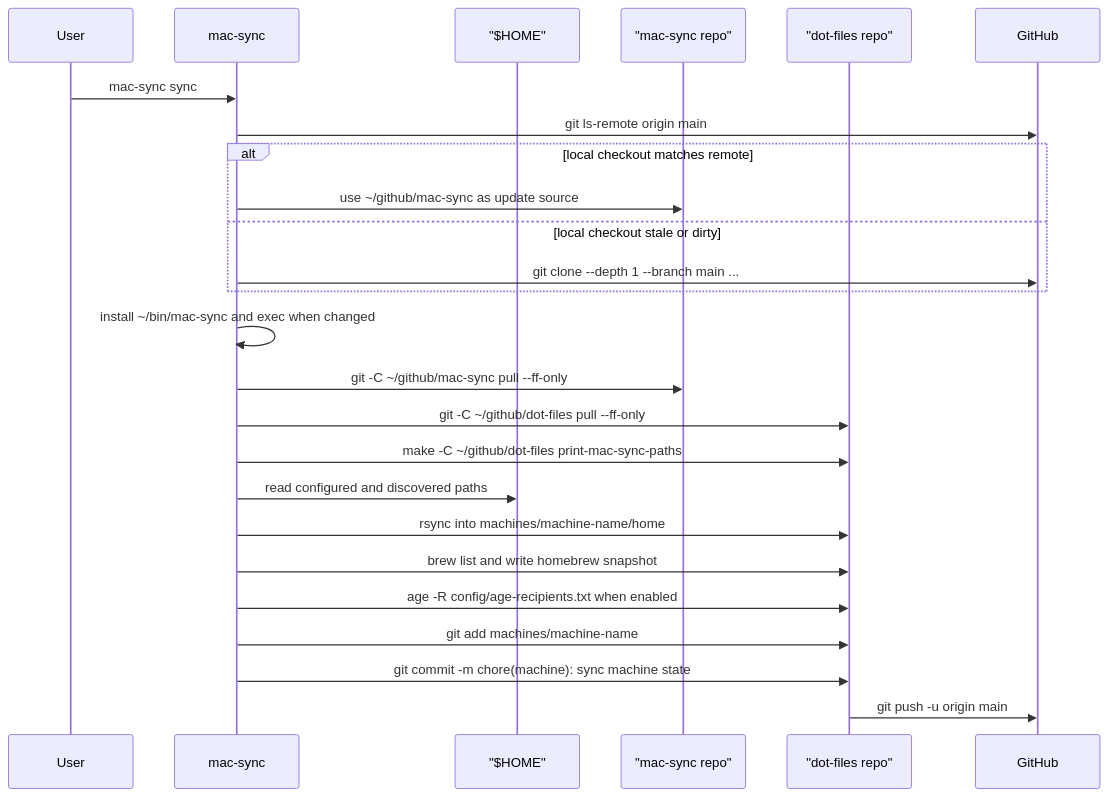
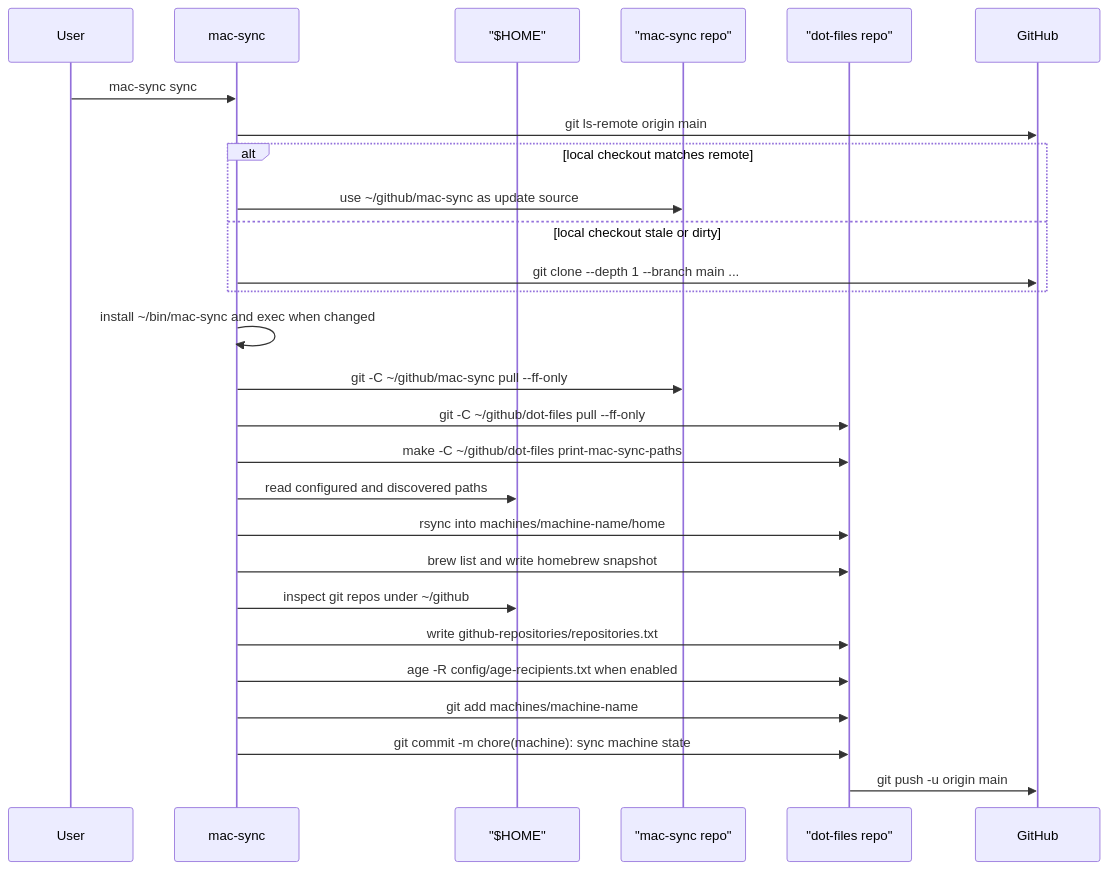
Before and after one commit to stephenlclarke/mac-sync: the second of 4 diagrams in WORKFLOW.md, drawn with Mermaid. The commit also changed other lines of this file and 8 other files, not shown here.

Commit message:
feat: restore cloned GitHub repositories

````diff
--- a/WORKFLOW.md
+++ b/WORKFLOW.md
@@ -141,28 +143,30 @@
 ```mermaid
 sequenceDiagram
   participant User
   participant CLI as mac-sync
   participant Home as "$HOME"
   participant Code as "mac-sync repo"
   participant Snap as "dot-files repo"
   participant GitHub
 
   User->>CLI: mac-sync sync
   CLI->>GitHub: git ls-remote origin main
   alt local checkout matches remote
     CLI->>Code: use ~/github/mac-sync as update source
   else local checkout stale or dirty
     CLI->>GitHub: git clone --depth 1 --branch main ...
   end
   CLI->>CLI: install ~/bin/mac-sync and exec when changed
   CLI->>Code: git -C ~/github/mac-sync pull --ff-only
   CLI->>Snap: git -C ~/github/dot-files pull --ff-only
   CLI->>Snap: make -C ~/github/dot-files print-mac-sync-paths
   CLI->>Home: read configured and discovered paths
   CLI->>Snap: rsync into machines/machine-name/home
   CLI->>Snap: brew list and write homebrew snapshot
+  CLI->>Home: inspect git repos under ~/github
+  CLI->>Snap: write github-repositories/repositories.txt
   CLI->>Snap: age -R config/age-recipients.txt when enabled
   CLI->>Snap: git add machines/machine-name
   CLI->>Snap: git commit -m chore(machine): sync machine state
   Snap->>GitHub: git push -u origin main
 ```
````
